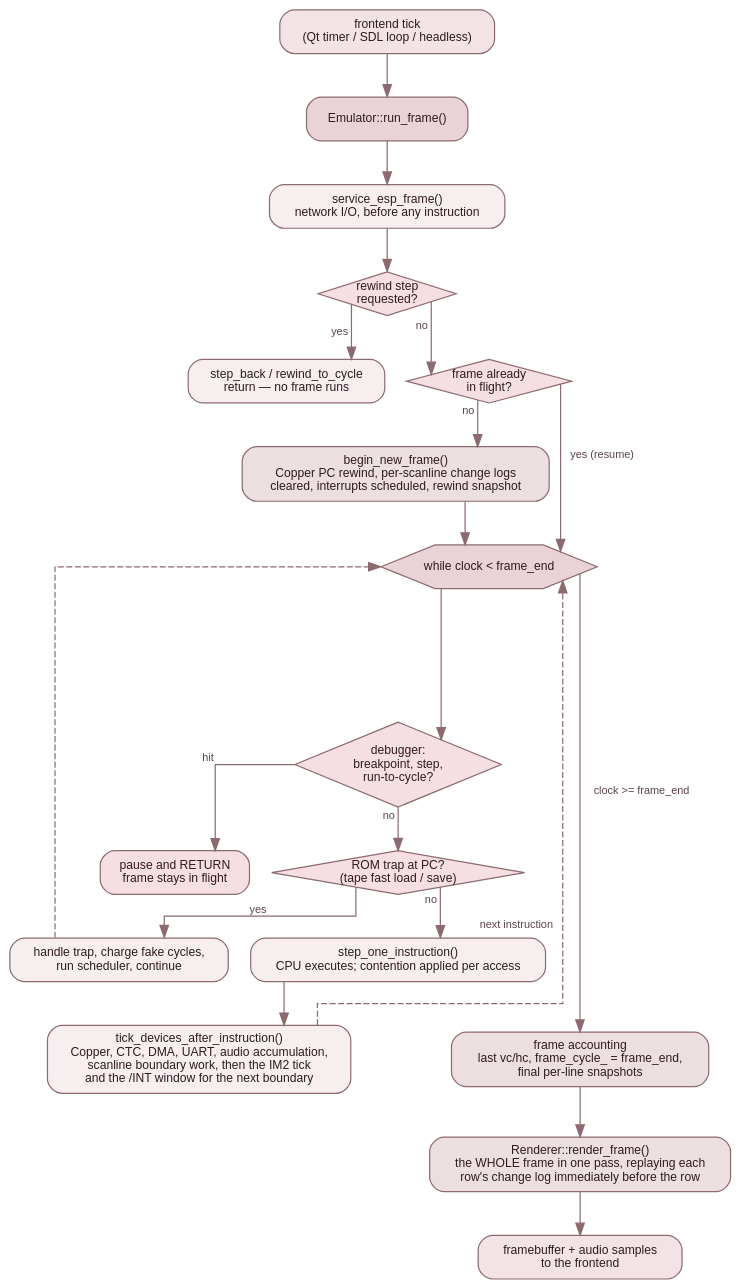
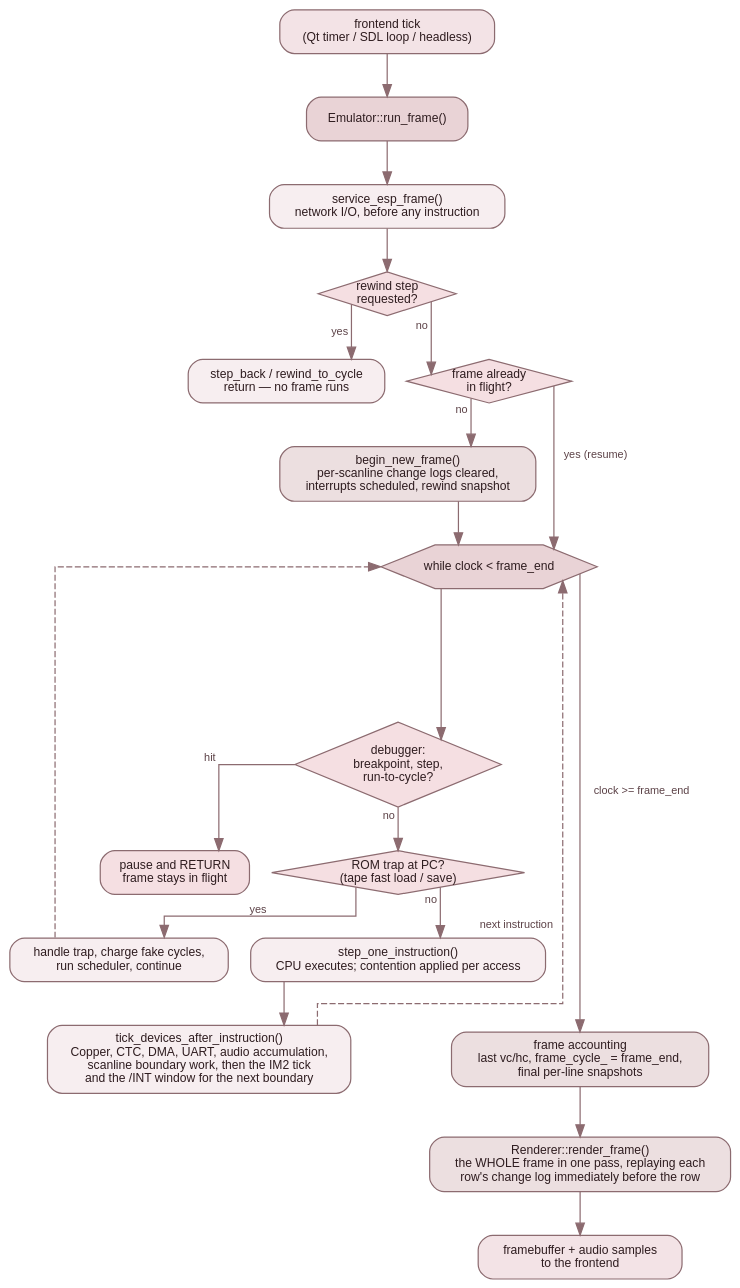
The diagram in src/doc/developer-guide/diagrams/frame-execution.dot (jorgegv/jnext), drawn with Graphviz before and after one commit. The commit also changed 18 other files, not shown here.

First line of the commit message:
GH #293: no mode-11 Copper restart at the raw frame start

```diff
--- a/src/doc/developer-guide/diagrams/frame-execution.dot
+++ b/src/doc/developer-guide/diagrams/frame-execution.dot
@@ -1,86 +1,86 @@
 // One frame, from the frontend's tick to the framebuffer — the control flow of
 // Emulator::run_frame() (src/core/emulator.cpp).
 //
 // Rendered by `make docs-devguide-diagrams` into ../img/frame-execution.svg,
 // which is COMMITTED. Edit this file, never the SVG.
 //
 // The two facts this figure exists to make obvious:
 //   * a PAUSED frame is RESUMED, not restarted — begin_new_frame() runs only
-//     when no frame is in flight, because its per-frame work (rewinding the
-//     Copper PC, clearing the per-scanline change logs) would corrupt a frame
+//     when no frame is in flight, because its per-frame work (clearing the
+//     per-scanline change logs) would corrupt a frame
 //     that is still half-executed;
 //   * every debugger exit is an EARLY RETURN out of the middle of the loop,
 //     leaving the frame in flight for the next call.
 //
 // Palette note: the page theme's pastel dark red family (see css/theme.css).
 // Light fills, dark labels, transparent canvas, so the figure reads on both
 // the light and the dark theme.
 digraph frame_execution {
     bgcolor="transparent";
     rankdir=TB;
     splines=ortho;
     fontname="Helvetica";
     node [shape=box, style="filled,rounded", fontname="Helvetica", fontsize=10,
           fillcolor="#f7eef0", color="#8c6b70", fontcolor="#2e1c1f", margin="0.16,0.08"];
     edge [color="#8c6b70", fontname="Helvetica", fontsize=9, fontcolor="#5c4247"];
 
     tick [label="frontend tick\n(Qt timer / SDL loop / headless)", fillcolor="#f3e3e6"];
     call [label="Emulator::run_frame()", fillcolor="#e9d3d6"];
 
     esp  [label="service_esp_frame()\nnetwork I/O, before any instruction"];
 
     rew  [shape=diamond, style="filled", fillcolor="#f5dfe2",
           label="rewind step\nrequested?", margin="0.02,0.02"];
     rewd [label="step_back / rewind_to_cycle\nreturn — no frame runs"];
 
     inpr [shape=diamond, style="filled", fillcolor="#f5dfe2",
           label="frame already\nin flight?", margin="0.02,0.02"];
-    begin [label="begin_new_frame()\nCopper PC rewind, per-scanline change logs\ncleared, interrupts scheduled, rewind snapshot",
+    begin [label="begin_new_frame()\nper-scanline change logs cleared,\ninterrupts scheduled, rewind snapshot",
            fillcolor="#ecdfe0"];
 
     loop [label="while clock < frame_end", shape=hexagon, style="filled",
           fillcolor="#e9d3d6", margin="0.1,0.04"];
 
     brk  [shape=diamond, style="filled", fillcolor="#f5dfe2",
           label="debugger:\nbreakpoint, step,\nrun-to-cycle?", margin="0.02,0.02"];
     pause [label="pause and RETURN\nframe stays in flight", fillcolor="#f5dfe2"];
 
     trap [shape=diamond, style="filled", fillcolor="#f5dfe2",
           label="ROM trap at PC?\n(tape fast load / save)", margin="0.02,0.02"];
     trapd [label="handle trap, charge fake cycles,\nrun scheduler, continue"];
 
     step [label="step_one_instruction()\nCPU executes; contention applied per access"];
     devs [label="tick_devices_after_instruction()\nCopper, CTC, DMA, UART, audio accumulation,\nscanline boundary work, then the IM2 tick\nand the /INT window for the next boundary"];
 
     endf [label="frame accounting\nlast vc/hc, frame_cycle_ = frame_end,\nfinal per-line snapshots", fillcolor="#ecdfe0"];
     // The frame is composited HERE, not scanline by scanline as it is
     // executed. on_scanline() renders nothing — it only tags the per-scanline
     // change logs. That is why those logs exist at all.
     comp [label="Renderer::render_frame()\nthe WHOLE frame in one pass, replaying each\nrow's change log immediately before the row",
           fillcolor="#ecdfe0"];
     fb   [label="framebuffer + audio samples\nto the frontend", fillcolor="#f3e3e6"];
 
     tick -> call;
     call -> esp -> rew;
     rew -> rewd  [xlabel="  yes"];
     rew -> inpr  [xlabel="  no"];
     inpr -> begin [xlabel="  no"];
     inpr -> loop  [xlabel="  yes (resume)"];
     begin -> loop;
 
     loop -> brk;
     brk  -> trap  [xlabel="  no"];
     brk  -> pause [xlabel="  hit"];
     trap -> step  [xlabel="  no"];
     trap -> trapd [xlabel="  yes"];
     step -> devs;
     trapd -> devs [style=invis];
     devs -> loop  [style=dashed, xlabel="  next instruction", constraint=false];
     trapd -> loop [style=dashed, constraint=false];
     loop -> endf  [xlabel="  clock >= frame_end", minlen=6];
     endf -> comp -> fb;
 
     // Keep the two loop exits out of the loop body's ranks.
     {rank=same; pause; trap;}
     {rank=same; endf; devs;}
 }
```
